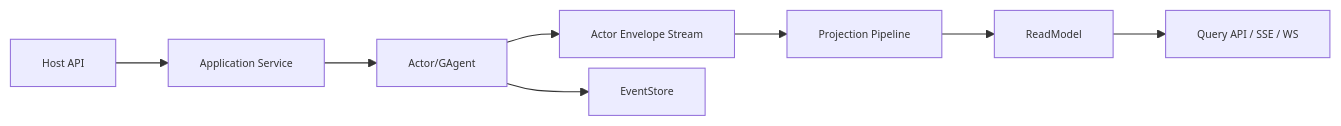
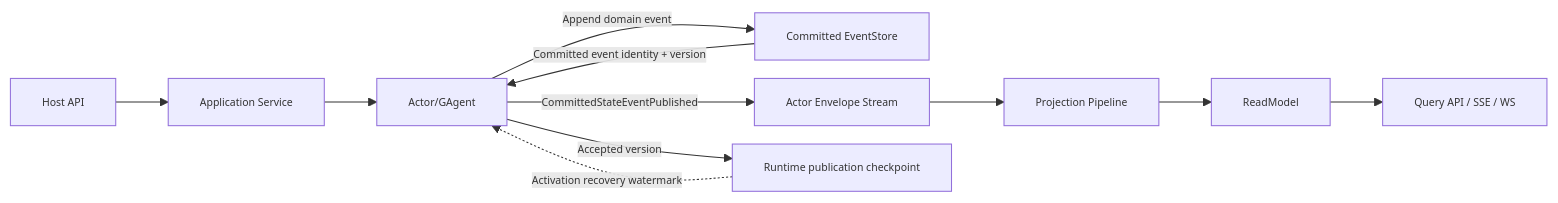
One commit to aevatarAI/aevatar changed the diagram in docs/canon/cqrs-projection.md. Above: the diagram before and after it, drawn with Mermaid. The commit also changed other lines of this file and 41 other files, not shown here.

Commit message:
Close committed-state publication gap

````diff
--- a/docs/canon/cqrs-projection.md
+++ b/docs/canon/cqrs-projection.md
@@ -36,11 +36,14 @@
 ```mermaid
 %%{init: {"maxTextSize": 100000, "flowchart": {"useMaxWidth": false, "nodeSpacing": 10, "rankSpacing": 50}, "themeVariables": {"fontSize": "10px"}}}%%
 flowchart LR
     API["Host API"] --> APP["Application Service"]
     APP --> ACT["Actor/GAgent"]
-    ACT --> EVT["Actor Envelope Stream"]
-    ACT --> ES["EventStore"]
+    ACT -->|"Append domain event"| ES["Committed EventStore"]
+    ES -->|"Committed event identity + version"| ACT
+    ACT -->|"CommittedStateEventPublished"| EVT["Actor Envelope Stream"]
+    ACT -->|"Accepted version"| CP["Runtime publication checkpoint"]
+    CP -.->|"Activation recovery watermark"| ACT
     EVT --> PROJ["Projection Pipeline"]
     PROJ --> RM["ReadModel"]
     RM --> Q["Query API / SSE / WS"]
 ```
````
